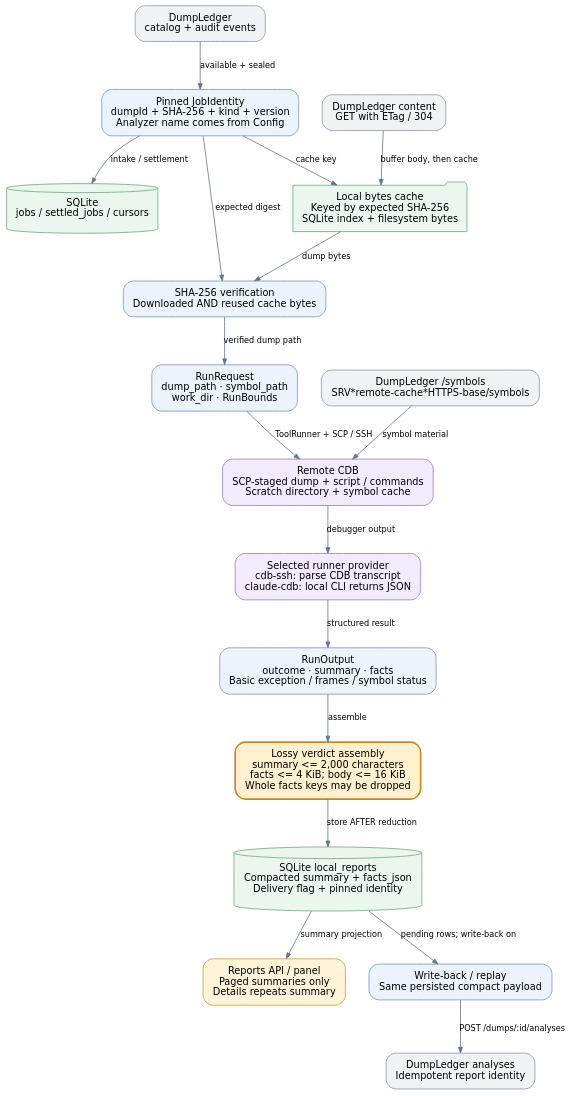
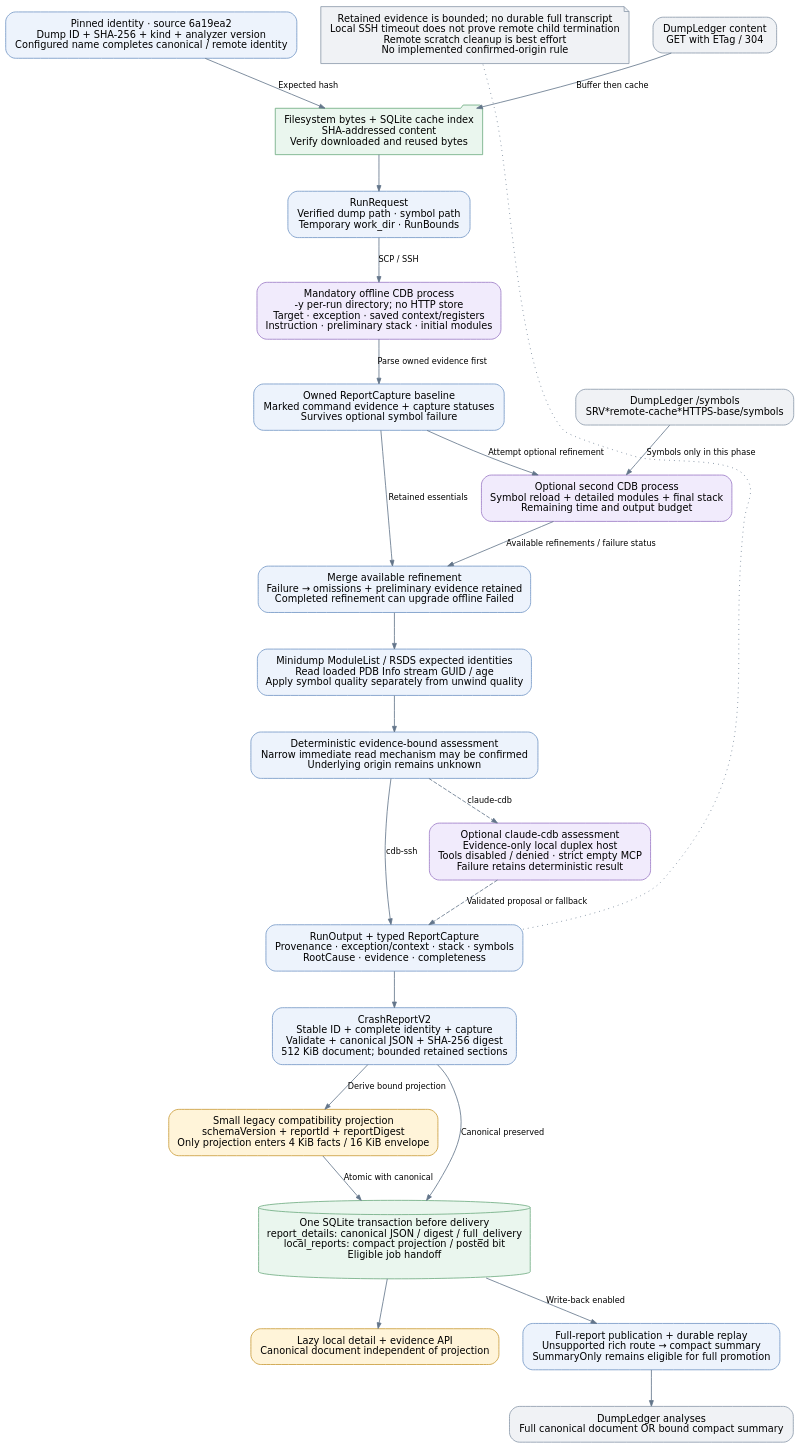
One commit to NzSN/DumpAnalyzer changed the diagram in docs/architecture/analysis-data.dot. Above: the diagram before and after it, drawn with Graphviz. The commit also changed 24 other files, not shown here.

First line of the commit message:
Docs: refresh architecture and guides for current analyzer behavior

```diff
--- a/docs/architecture/analysis-data.dot
+++ b/docs/architecture/analysis-data.dot
@@ -1,37 +1,46 @@
 digraph AnalysisData {
-  graph [rankdir=TB, bgcolor="transparent", pad="0.25", nodesep="0.4", ranksep="0.65", fontname="DejaVu Sans", fontsize=15];
+  graph [rankdir=TB, bgcolor="transparent", pad="0.25", nodesep="0.4", ranksep="0.6", fontname="DejaVu Sans", fontsize=15];
   node [shape=box, style="rounded,filled", fillcolor="#edf3fc", color="#7397c5", fontname="DejaVu Sans", fontsize=12, margin="0.16,0.12"];
   edge [color="#63758a", fontname="DejaVu Sans", fontsize=10, arrowsize=0.7];
-  catalog [label="DumpLedger\ncatalog + audit events", fillcolor="#f0f2f5", color="#8a99aa"];
-  identity [label="Pinned JobIdentity\ndumpId + SHA-256 + kind + version\nAnalyzer name comes from Config"];
-  jobs [label="SQLite\njobs / settled_jobs / cursors", shape=cylinder, fillcolor="#eaf6ee", color="#6eac81"];
+  identity [label="Pinned identity · source 6a19ea2\nDump ID + SHA-256 + kind + analyzer version\nConfigured name completes canonical / remote identity"];
   content [label="DumpLedger content\nGET with ETag / 304", fillcolor="#f0f2f5", color="#8a99aa"];
-  bytes [label="Local bytes cache\nKeyed by expected SHA-256\nSQLite index + filesystem bytes", shape=folder, fillcolor="#eaf6ee", color="#6eac81"];
-  verify [label="SHA-256 verification\nDownloaded AND reused cache bytes"];
-  request [label="RunRequest\ndump_path · symbol_path\nwork_dir · RunBounds"];
-  remote [label="Remote CDB\nSCP-staged dump + script / commands\nScratch directory + symbol cache", fillcolor="#f1ebfc", color="#9c7bc5"];
-  symbols [label="DumpLedger /symbols\nSRV*remote-cache*HTTPS-base/symbols", fillcolor="#f0f2f5", color="#8a99aa"];
-  provider [label="Selected runner provider\ncdb-ssh: parse CDB transcript\nclaude-cdb: local CLI returns JSON", fillcolor="#f1ebfc", color="#9c7bc5"];
-  output [label="RunOutput\noutcome · summary · facts\nBasic exception / frames / symbol status"];
-  shrink [label="Lossy verdict assembly\nsummary <= 2,000 characters\nfacts <= 4 KiB; body <= 16 KiB\nWhole facts keys may be dropped", fillcolor="#fff0cf", color="#c68a20", penwidth=2];
-  reports [label="SQLite local_reports\nCompacted summary + facts_json\nDelivery flag + pinned identity", shape=cylinder, fillcolor="#eaf6ee", color="#6eac81"];
-  view [label="Reports API / panel\nPaged summaries only\nDetails repeats summary", fillcolor="#fff4d9", color="#c99c39"];
-  delivery [label="Write-back / replay\nSame persisted compact payload"];
-  analyses [label="DumpLedger analyses\nIdempotent report identity", fillcolor="#f0f2f5", color="#8a99aa"];
-  catalog -> identity [label="available + sealed"];
-  identity -> jobs [label="intake / settlement"];
-  content -> bytes [label="buffer body, then cache"];
-  identity -> bytes [label="cache key"];
-  bytes -> verify [label="dump bytes"];
-  identity -> verify [label="expected digest"];
-  verify -> request [label="verified dump path"];
-  request -> remote [label="ToolRunner + SCP / SSH"];
-  symbols -> remote [label="symbol material"];
-  remote -> provider [label="debugger output"];
-  provider -> output [label="structured result"];
-  output -> shrink [label="assemble"];
-  shrink -> reports [label="store AFTER reduction"];
-  reports -> view [label="summary projection"];
-  reports -> delivery [label="pending rows; write-back on"];
-  delivery -> analyses [label="POST /dumps/:id/analyses"];
+  bytes [label="Filesystem bytes + SQLite cache index\nSHA-addressed content\nVerify downloaded and reused bytes", shape=folder, fillcolor="#eaf6ee", color="#6eac81"];
+  request [label="RunRequest\nVerified dump path · symbol path\nTemporary work_dir · RunBounds"];
+  essential [label="Mandatory offline CDB process\n-y per-run directory; no HTTP store\nTarget · exception · saved context/registers\nInstruction · preliminary stack · initial modules", fillcolor="#f1ebfc", color="#9c7bc5"];
+  baseline [label="Owned ReportCapture baseline\nMarked command evidence + capture statuses\nSurvives optional symbol failure"];
+  symbols [label="Optional second CDB process\nSymbol reload + detailed modules + final stack\nRemaining time and output budget", fillcolor="#f1ebfc", color="#9c7bc5"];
+  ledger_symbols [label="DumpLedger /symbols\nSRV*remote-cache*HTTPS-base/symbols", fillcolor="#f0f2f5", color="#8a99aa"];
+  merge [label="Merge available refinement\nFailure → omissions + preliminary evidence retained\nCompleted refinement can upgrade offline Failed"];
+  qualify [label="Minidump ModuleList / RSDS expected identities\nRead loaded PDB Info stream GUID / age\nApply symbol quality separately from unwind quality"];
+  assess [label="Deterministic evidence-bound assessment\nNarrow immediate read mechanism may be confirmed\nUnderlying origin remains unknown"];
+  claude [label="Optional claude-cdb assessment\nEvidence-only local duplex host\nTools disabled / denied · strict empty MCP\nFailure retains deterministic result", fillcolor="#f1ebfc", color="#9c7bc5"];
+  output [label="RunOutput + typed ReportCapture\nProvenance · exception/context · stack · symbols\nRootCause · evidence · completeness"];
+  canonical [label="CrashReportV2\nStable ID + complete identity + capture\nValidate + canonical JSON + SHA-256 digest\n512 KiB document; bounded retained sections"];
+  compact [label="Small legacy compatibility projection\nschemaVersion + reportId + reportDigest\nOnly projection enters 4 KiB facts / 16 KiB envelope", fillcolor="#fff4d9", color="#c99c39"];
+  save [label="One SQLite transaction before delivery\nreport_details: canonical JSON / digest / full_delivery\nlocal_reports: compact projection / posted bit\nEligible job handoff", shape=cylinder, fillcolor="#eaf6ee", color="#6eac81"];
+  detail [label="Lazy local detail + evidence API\nCanonical document independent of projection", fillcolor="#fff4d9", color="#c99c39"];
+  delivery [label="Full-report publication + durable replay\nUnsupported rich route → compact summary\nSummaryOnly remains eligible for full promotion"];
+  analyses [label="DumpLedger analyses\nFull canonical document OR bound compact summary", fillcolor="#f0f2f5", color="#8a99aa"];
+  limits [label="Retained evidence is bounded; no durable full transcript\nLocal SSH timeout does not prove remote child termination\nRemote scratch cleanup is best effort\nNo implemented confirmed-origin rule", shape=note, fillcolor="#f0f2f5", color="#8a99aa"];
+  identity -> bytes [label="Expected hash"];
+  content -> bytes [label="Buffer then cache"];
+  bytes -> request;
+  request -> essential [label="SCP / SSH"];
+  essential -> baseline [label="Parse owned evidence first"];
+  baseline -> symbols [label="Attempt optional refinement"];
+  ledger_symbols -> symbols [label="Symbols only in this phase"];
+  baseline -> merge [label="Retained essentials"];
+  symbols -> merge [label="Available refinements / failure status"];
+  merge -> qualify -> assess;
+  assess -> output [label="cdb-ssh"];
+  assess -> claude [label="claude-cdb", style=dashed];
+  claude -> output [label="Validated proposal or fallback", style=dashed];
+  output -> canonical;
+  canonical -> compact [label="Derive bound projection"];
+  canonical -> save [label="Canonical preserved"];
+  compact -> save [label="Atomic with canonical"];
+  save -> detail;
+  save -> delivery [label="Write-back enabled"];
+  delivery -> analyses;
+  output -> limits [style=dotted, arrowhead=none, constraint=false];
 }
```
